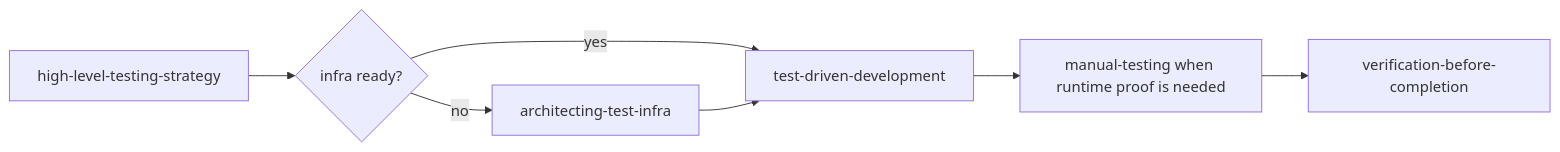
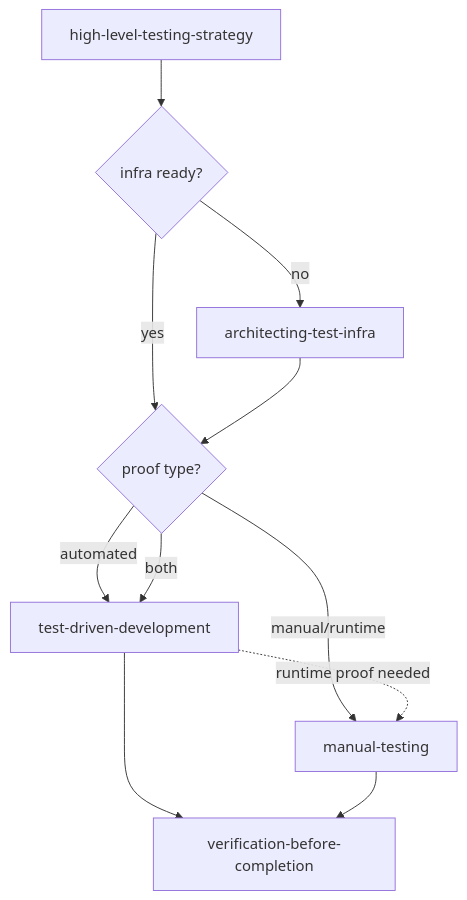
Before and after one commit to quick-brown-foxxx/myai: the tenth of 14 diagrams in skills/README.md, drawn with Mermaid. The commit also changed other lines of this file, not shown here.

````diff
--- a/skills/README.md
+++ b/skills/README.md
@@ -221,9 +327,13 @@
 ```mermaid
-flowchart LR
+flowchart TD
   A[high-level-testing-strategy] --> B{infra ready?}
   B -- no --> C[architecting-test-infra]
-  B -- yes --> D[test-driven-development]
+  B -- yes --> D{proof type?}
   C --> D
-  D --> E[manual-testing when runtime proof is needed]
-  E --> F[verification-before-completion]
+  D -- automated --> E[test-driven-development]
+  D -- manual/runtime --> F[manual-testing]
+  D -- both --> E
+  E -. runtime proof needed .-> F
+  E --> G[verification-before-completion]
+  F --> G
 ```
````
